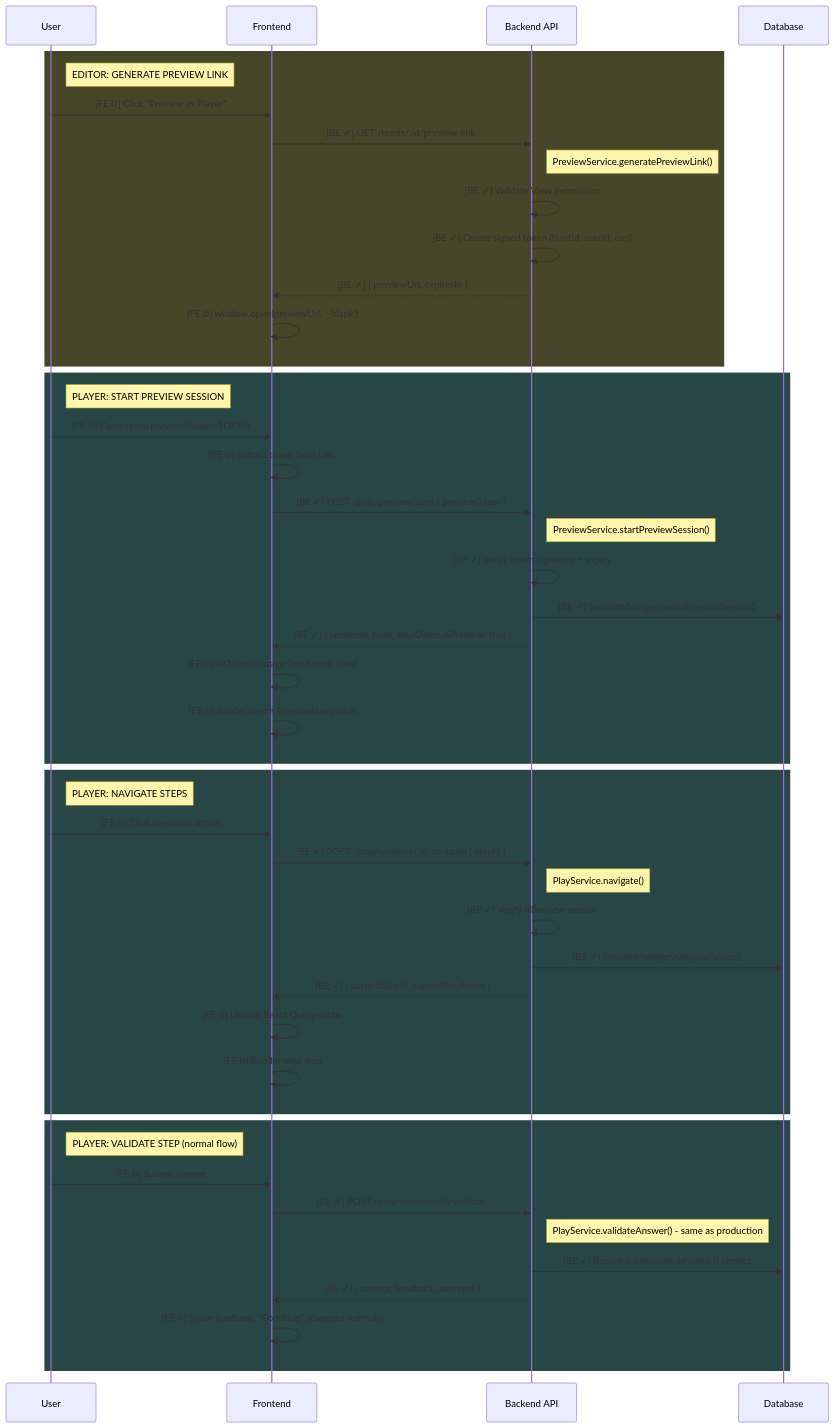
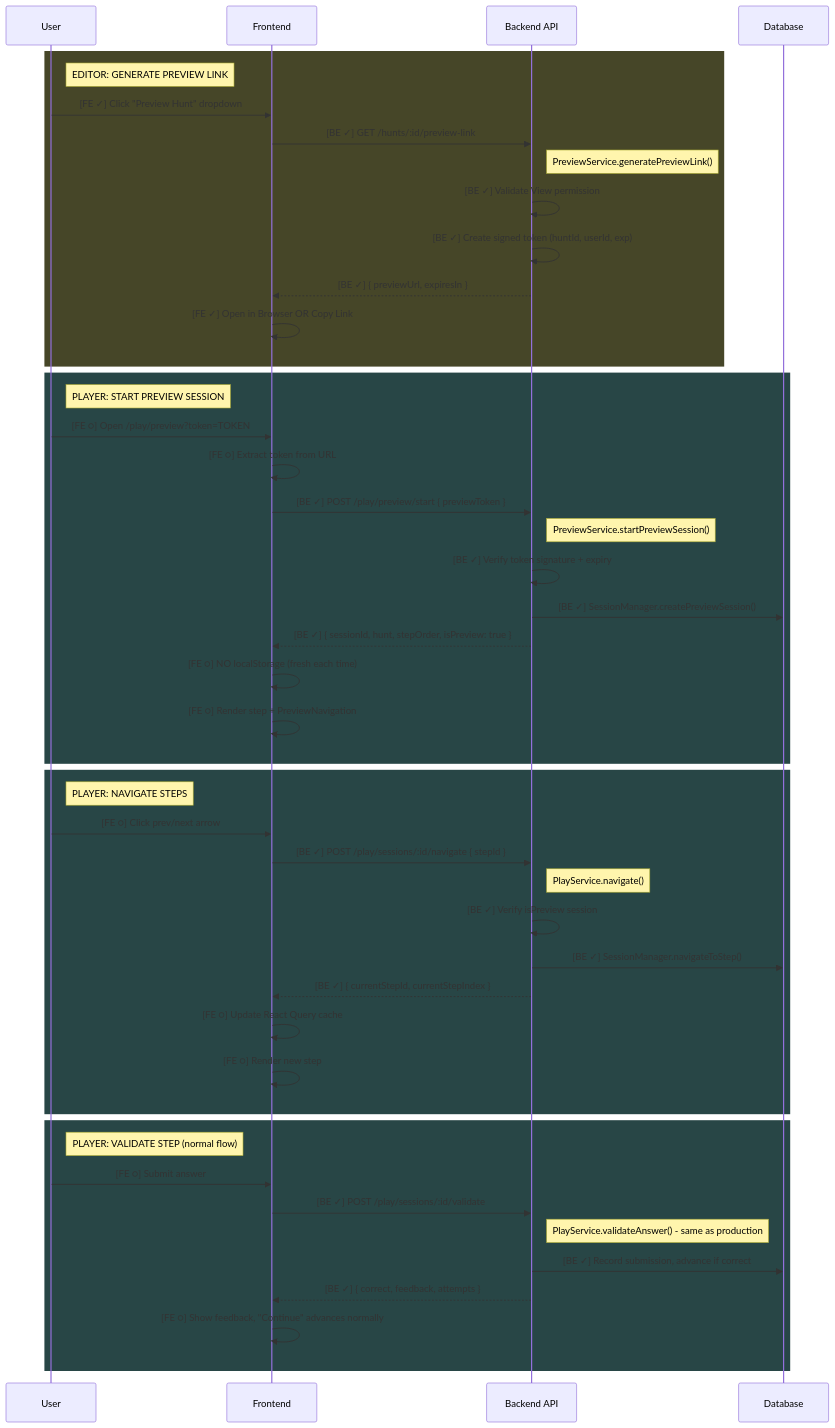
Before and after one commit to catalinleca/HuntHub: the first of 2 diagrams in .claude/features/author-preview.md, drawn with Mermaid. The commit also changed other lines of this file and 5 other files, not shown here.

Commit message:
implement author preview url editor

````diff
--- a/.claude/features/author-preview.md
+++ b/.claude/features/author-preview.md
@@ -43,53 +43,53 @@
 ```mermaid
 sequenceDiagram
     participant U as User
     participant FE as Frontend
     participant API as Backend API
     participant DB as Database
 
     rect rgb(70, 70, 40)
     Note right of U: EDITOR: GENERATE PREVIEW LINK
-    U->>FE: [FE ○] Click "Preview as Player"
+    U->>FE: [FE ✓] Click "Preview Hunt" dropdown
     FE->>API: [BE ✓] GET /hunts/:id/preview-link
     Note right of API: PreviewService.generatePreviewLink()
     API->>API: [BE ✓] Validate View permission
     API->>API: [BE ✓] Create signed token (huntId, userId, exp)
     API-->>FE: [BE ✓] { previewUrl, expiresIn }
-    FE->>FE: [FE ○] window.open(previewUrl, '_blank')
+    FE->>FE: [FE ✓] Open in Browser OR Copy Link
     end
 
     rect rgb(40, 70, 70)
     Note right of U: PLAYER: START PREVIEW SESSION
     U->>FE: [FE ○] Open /play/preview?token=TOKEN
     FE->>FE: [FE ○] Extract token from URL
     FE->>API: [BE ✓] POST /play/preview/start { previewToken }
     Note right of API: PreviewService.startPreviewSession()
     API->>API: [BE ✓] Verify token signature + expiry
     API->>DB: [BE ✓] SessionManager.createPreviewSession()
     API-->>FE: [BE ✓] { sessionId, hunt, stepOrder, isPreview: true }
     FE->>FE: [FE ○] NO localStorage (fresh each time)
     FE->>FE: [FE ○] Render step + PreviewNavigation
     end
 
     rect rgb(40, 70, 70)
     Note right of U: PLAYER: NAVIGATE STEPS
     U->>FE: [FE ○] Click prev/next arrow
     FE->>API: [BE ✓] POST /play/sessions/:id/navigate { stepId }
     Note right of API: PlayService.navigate()
     API->>API: [BE ✓] Verify isPreview session
     API->>DB: [BE ✓] SessionManager.navigateToStep()
     API-->>FE: [BE ✓] { currentStepId, currentStepIndex }
     FE->>FE: [FE ○] Update React Query cache
     FE->>FE: [FE ○] Render new step
     end
 
     rect rgb(40, 70, 70)
     Note right of U: PLAYER: VALIDATE STEP (normal flow)
     U->>FE: [FE ○] Submit answer
     FE->>API: [BE ✓] POST /play/sessions/:id/validate
     Note right of API: PlayService.validateAnswer() - same as production
     API->>DB: [BE ✓] Record submission, advance if correct
     API-->>FE: [BE ✓] { correct, feedback, attempts }
     FE->>FE: [FE ○] Show feedback, "Continue" advances normally
     end
 ```
````
